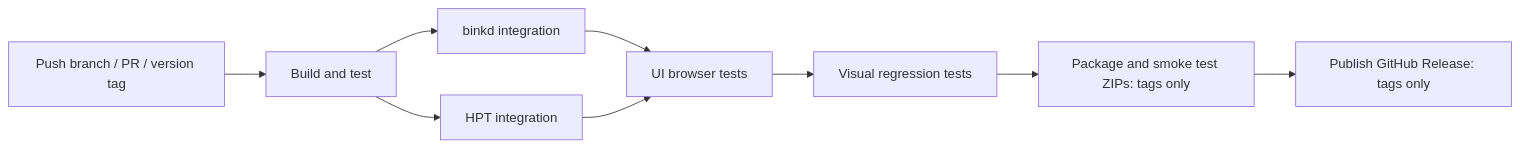
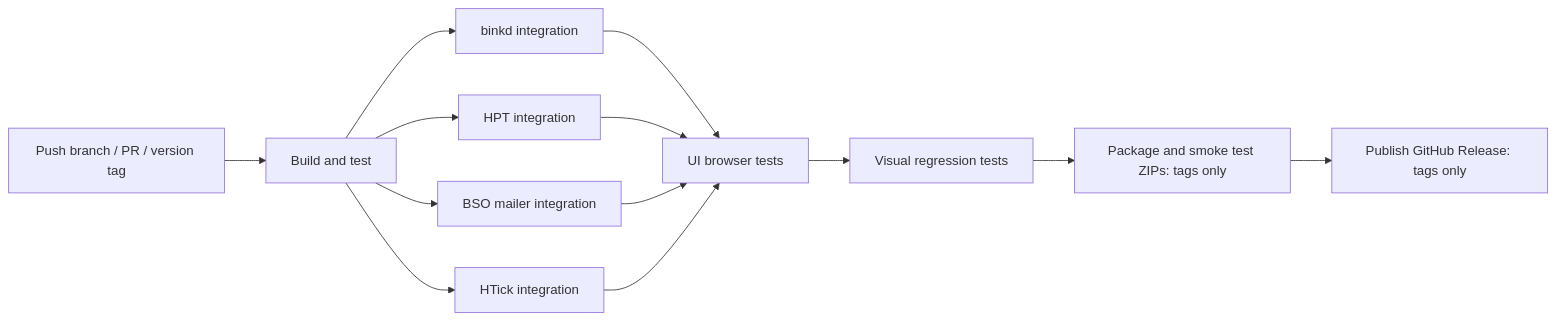
The diagram in docs/distributions.md (vkravets/Fido4Java), drawn with Mermaid before and after one commit. The commit also changed other lines of this file and 8 other files, not shown here.

Commit message:
Added separate BSO and HTick CI jobs with sealed runtimes

````diff
--- a/docs/distributions.md
+++ b/docs/distributions.md
@@ -109,11 +109,15 @@
 ```mermaid
 flowchart LR
     event[Push branch / PR / version tag] --> build[Build and test]
     build --> binkd[binkd integration]
     build --> hpt[HPT integration]
+    build --> bso[BSO mailer integration]
+    build --> htick[HTick integration]
     binkd --> ui[UI browser tests]
     hpt --> ui
+    bso --> ui
+    htick --> ui
     ui --> vrt[Visual regression tests]
     vrt --> package[Package and smoke test ZIPs: tags only]
     package --> publish[Publish GitHub Release: tags only]
 ```
````
